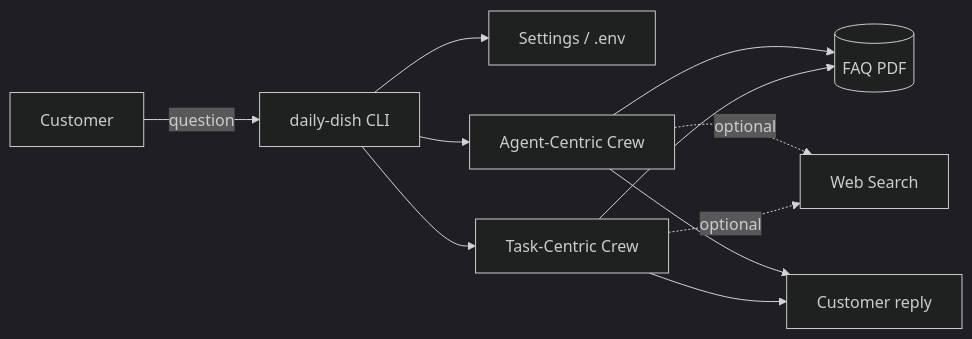
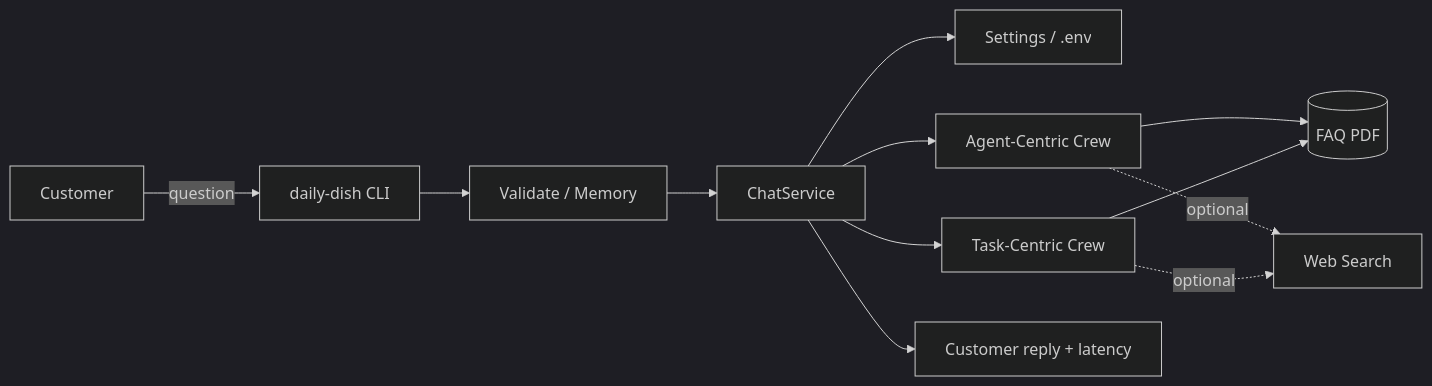
One commit to sty0331us/Agent-Centric-vs-Task-Centric-with-CrewAI changed the first of 4 diagrams in README.md. Above: the diagram before and after it, drawn with Mermaid (dark theme). The commit also changed other lines of this file, not shown here.

Commit message:
docs: document ChatService, doctor, JSON mode, and memory

````diff
--- a/README.md
+++ b/README.md
@@ -60,13 +60,14 @@
 ```mermaid
 flowchart LR
   U[Customer] -->|question| CLI[daily-dish CLI]
-  CLI --> CFG[Settings / .env]
-  CLI --> AC[Agent-Centric Crew]
-  CLI --> TC[Task-Centric Crew]
+  CLI --> VAL[Validate / Memory]
+  VAL --> SVC[ChatService]
+  SVC --> CFG[Settings / .env]
+  SVC --> AC[Agent-Centric Crew]
+  SVC --> TC[Task-Centric Crew]
   AC --> PDF[(FAQ PDF)]
   TC --> PDF
   AC -.->|optional| WEB[Web Search]
   TC -.->|optional| WEB
-  AC --> OUT[Customer reply]
-  TC --> OUT
+  SVC --> OUT[Customer reply + latency]
 ```
````
